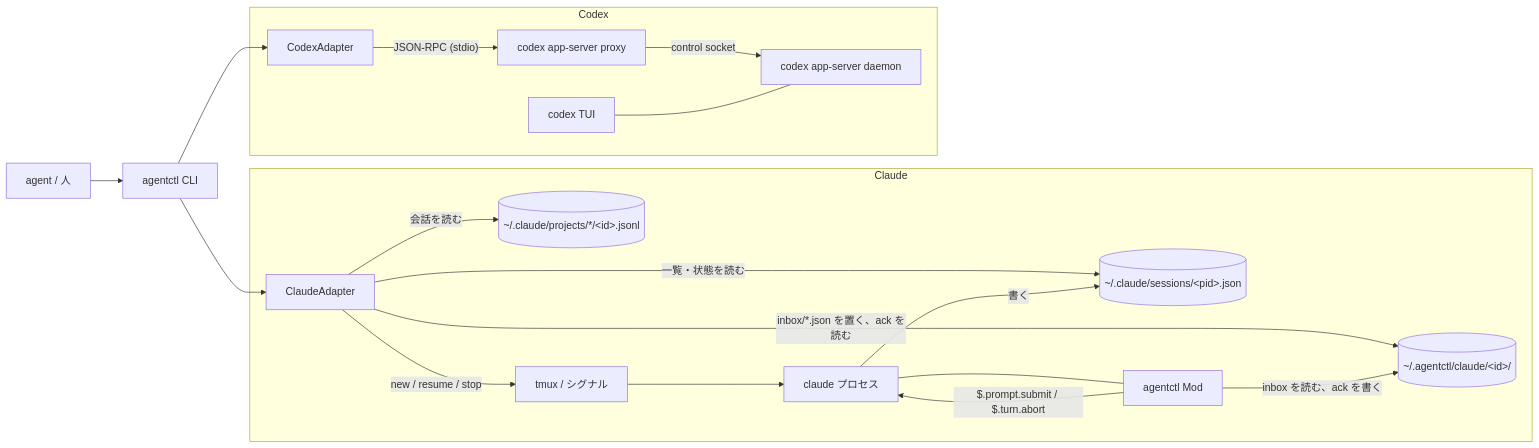
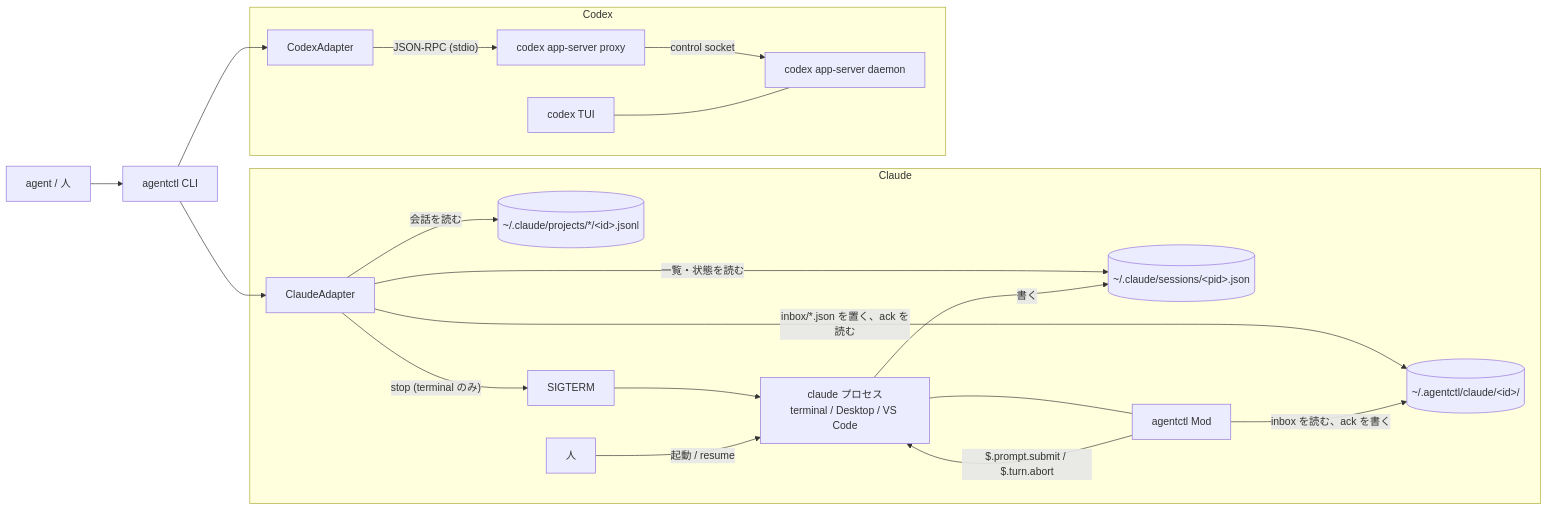
One commit to masahide/agent-kit changed the diagram in docs/agentctl/plan.md. Above: the diagram before and after it, drawn with Mermaid. The commit also changed other lines of this file, not shown here.

First line of the commit message:
docs(agentctl): Claude は人が起動したセッションを使い、tmux をやめる

````diff
--- a/docs/agentctl/plan.md
+++ b/docs/agentctl/plan.md
@@ -72,22 +75,23 @@
 ```mermaid
 flowchart LR
     A[agent / 人] --> CLI[agentctl CLI]
     CLI --> CA[ClaudeAdapter]
     CLI --> XA[CodexAdapter]
     subgraph Claude
       CA -- "一覧・状態を読む" --> S[(~/.claude/sessions/&lt;pid&gt;.json)]
       CA -- "会話を読む" --> J[(~/.claude/projects/*/&lt;id&gt;.jsonl)]
       CA -- "inbox/*.json を置く、ack を読む" --> D[(~/.agentctl/claude/&lt;id&gt;/)]
-      CA -- "new / resume / stop" --> T[tmux / シグナル]
-      T --> CC[claude プロセス]
+      CA -- "stop (terminal のみ)" --> SIG[SIGTERM]
+      SIG --> CC
+      H[人] -- "起動 / resume" --> CC[claude プロセス<br>terminal / Desktop / VS Code]
       CC -- 書く --> S
       M[agentctl Mod] -- "inbox を読む、ack を書く" --> D
       CC --- M
       M -- "$.prompt.submit / $.turn.abort" --> CC
     end
     subgraph Codex
       XA -- "JSON-RPC (stdio)" --> P[codex app-server proxy]
       P -- control socket --> DM[codex app-server daemon]
       TUI[codex TUI] --- DM
     end
 ```
````
